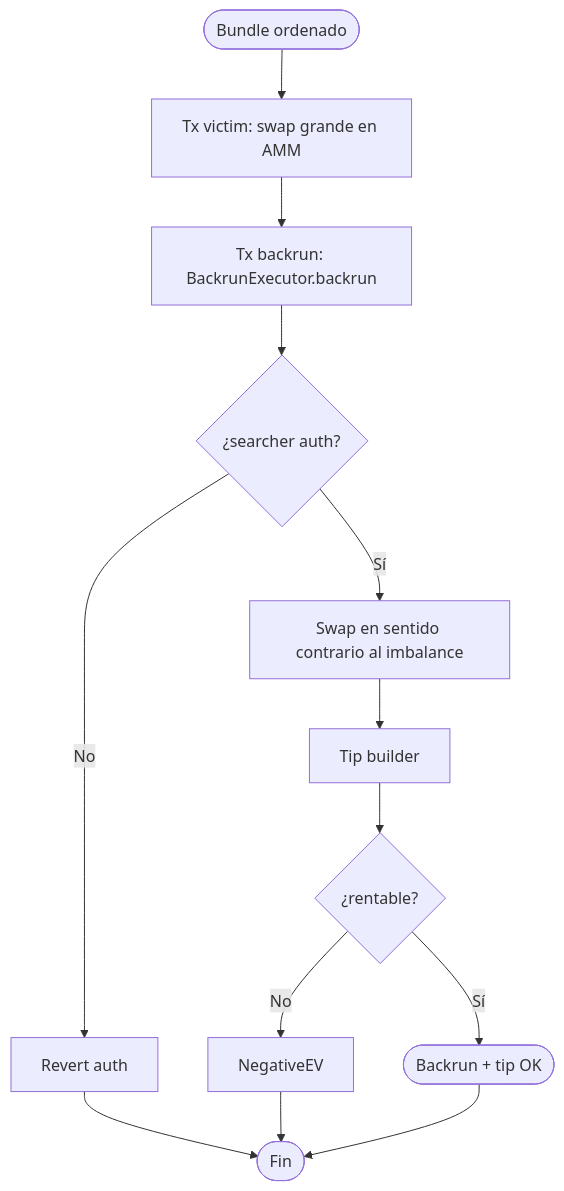
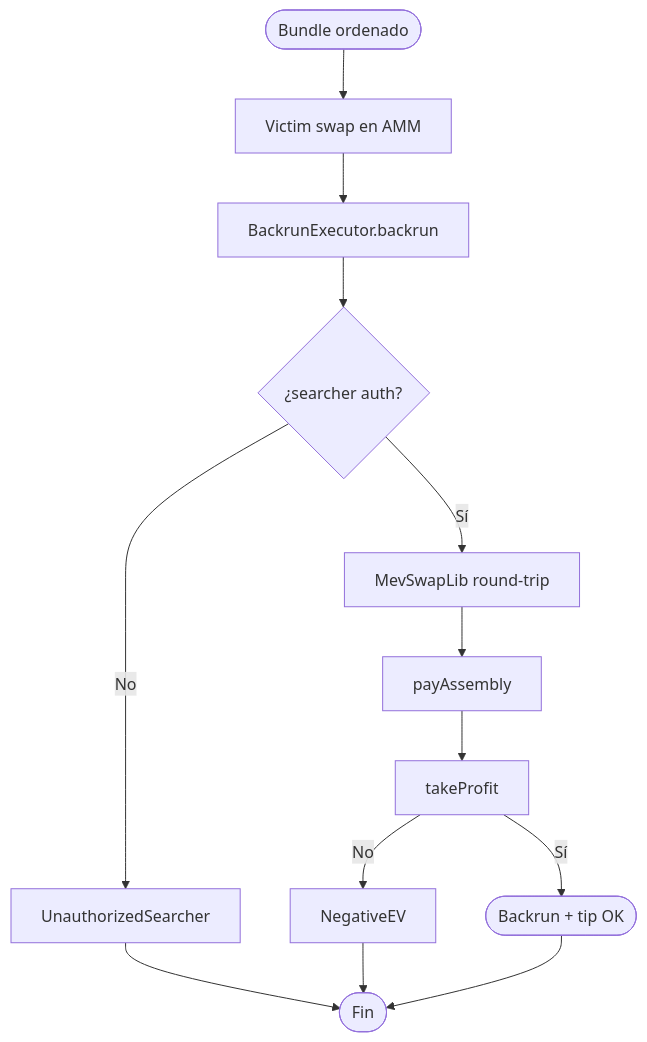
One commit to rastrahm/mev-hft-infra changed the fourth of 9 diagrams in doc/flujograma.md. Above: the diagram before and after it, drawn with Mermaid. The commit also changed other lines of this file and 5 other files, not shown here.

````diff
--- a/doc/flujograma.md
+++ b/doc/flujograma.md
@@ -78,15 +78,15 @@
 ```mermaid
 flowchart TD
-    Start([Bundle ordenado]) --> V[Tx victim: swap grande en AMM]
-    V --> B[Tx backrun: BackrunExecutor.backrun]
+    Start([Bundle ordenado]) --> V[Victim swap en AMM]
+    V --> B[BackrunExecutor.backrun]
     B --> Auth{¿searcher auth?}
-    Auth -->|No| Fail[Revert auth]
-    Auth -->|Sí| Trade[Swap en sentido contrario al imbalance]
-    Trade --> Tip[Tip builder]
-    Tip --> EV{¿rentable?}
+    Auth -->|No| Fail[UnauthorizedSearcher]
+    Auth -->|Sí| Trade[MevSwapLib round-trip]
+    Trade --> Tip[payAssembly]
+    Tip --> EV[takeProfit]
     EV -->|No| Rev[NegativeEV]
     EV -->|Sí| Ok([Backrun + tip OK])
     Fail --> End([Fin])
     Rev --> End
     Ok --> End
 ```
````
